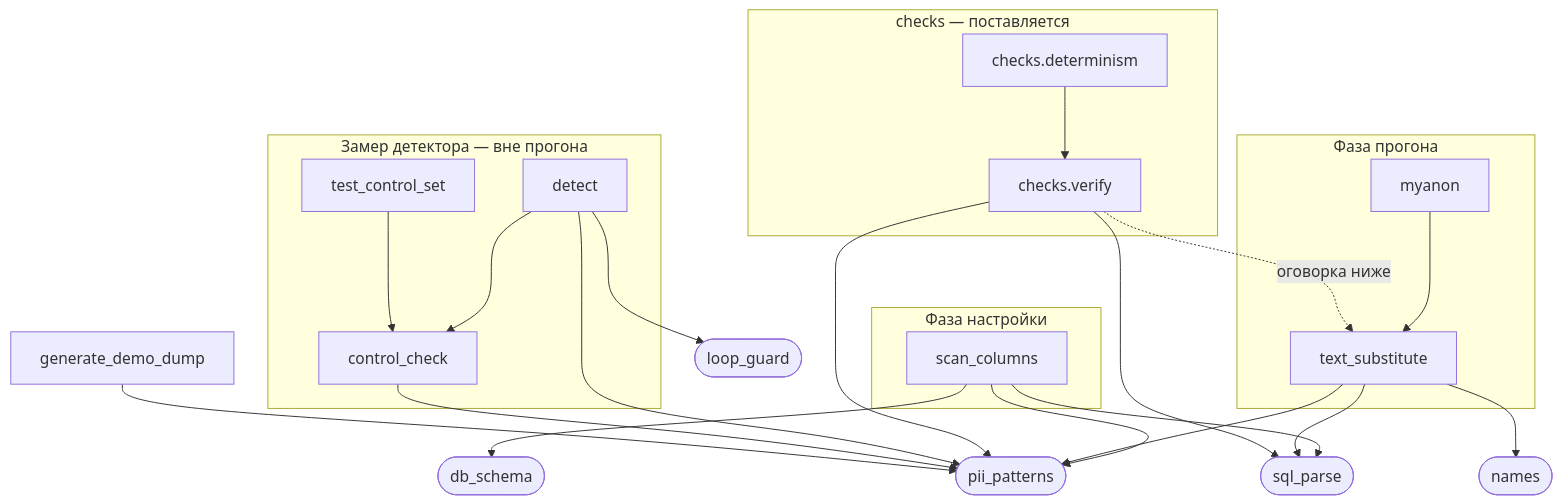
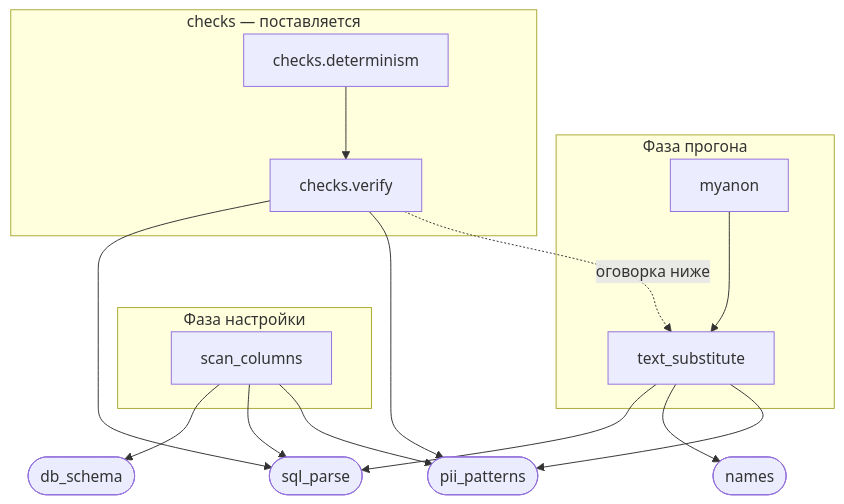
The first of 3 diagrams in README.md (Andrey-Ostapenko/rusal-sanitizer), drawn with Mermaid before and after one commit. The commit also changed other lines of this file, not shown here.

Commit message:
Граф модулей разделён на два: конвейер и замер
Печать страницы GitHub показала, что единый граф всё ещё шире колонки
и обрезается справа и снизу — GitHub рисует mermaid в натуральную
величину и не масштабирует. Разделение даёт ширины 737 и 547 пикселей
вместо одной 940; схема цикла — 375. Замерено в headless Chrome через
getBBox, порог — ширина колонки README около 840.

````diff
--- a/README.md
+++ b/README.md
@@ -157,46 +159,27 @@
 ```mermaid
 graph TD
     subgraph Настройка["Фаза настройки"]
         scan["scan_columns"]
     end
-
     subgraph Прогон["Фаза прогона"]
         myanon["myanon"] --> subst["text_substitute"]
     end
-
     subgraph Проверка["checks — поставляется"]
         determ["checks.determinism"] --> verify["checks.verify"]
-    end
-
-    subgraph Замер["Замер детектора — вне прогона"]
-        detect["detect"]
-        test["test_control_set"]
-        control["control_check"]
     end
 
     db_schema(["db_schema"])
     sql_parse(["sql_parse"])
     pii(["pii_patterns"])
     names(["names"])
-    guard(["loop_guard"])
-    gen["generate_demo_dump"]
 
     scan --> db_schema
     scan --> sql_parse
     scan --> pii
-
     subst --> sql_parse
     subst --> names
     subst --> pii
-
     verify --> sql_parse
     verify --> pii
     verify -.->|"оговорка ниже"| subst
-
-    detect --> control
-    detect --> guard
-    detect --> pii
-    test --> control
-    control --> pii
-    gen --> pii
 ```
````
